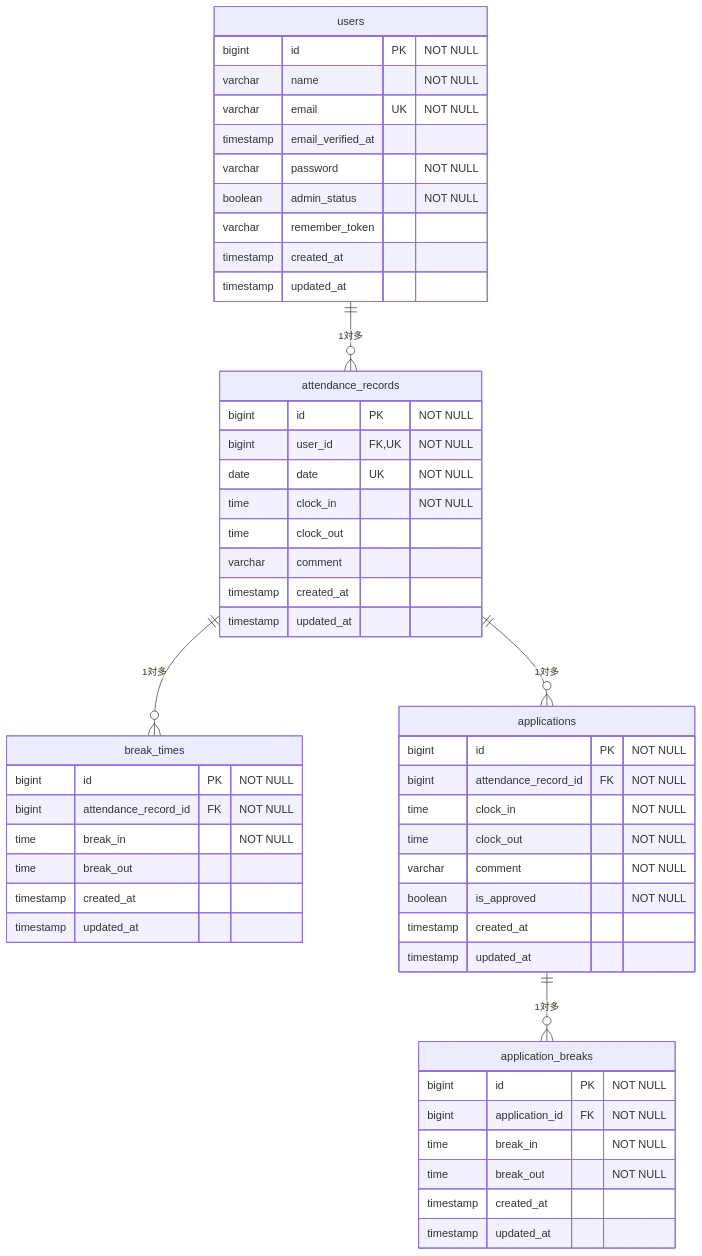
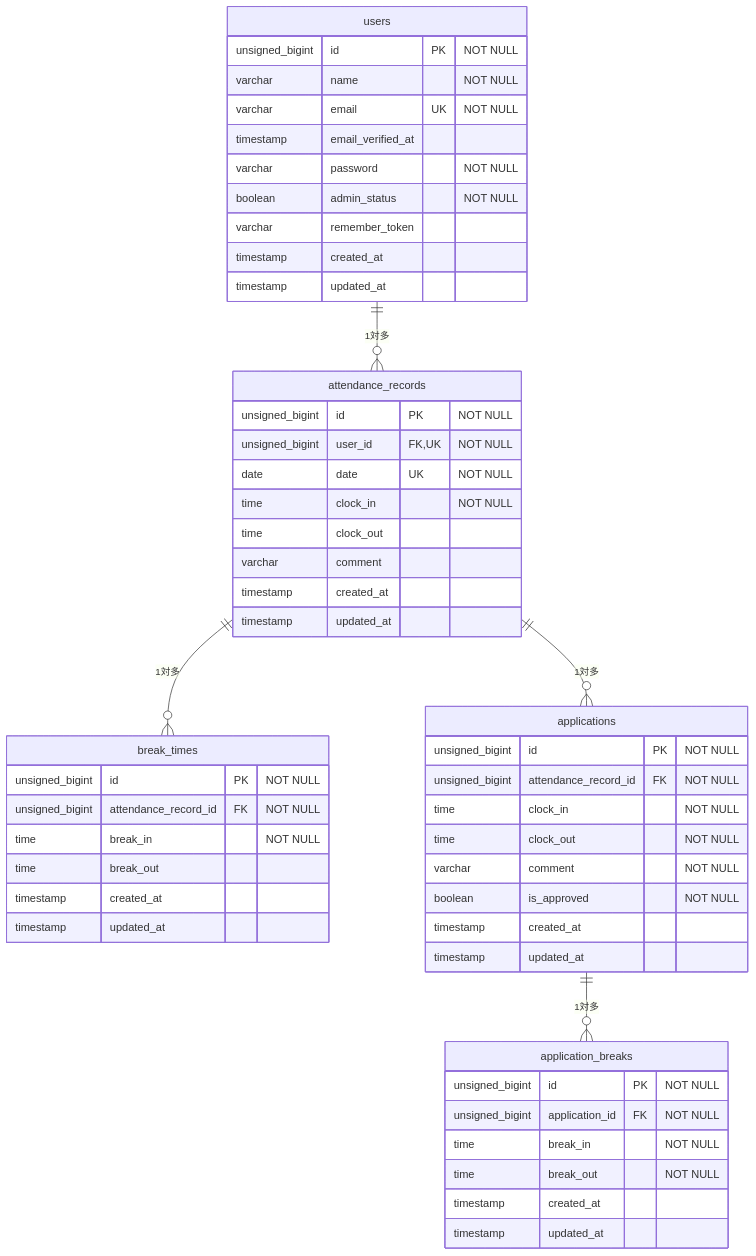
The diagram in README.md (shiningsword20/attendance-app), drawn with Mermaid before and after one commit.

Commit message:
ER図のID列の型をunsigned bigintに合わせる

````diff
--- a/README.md
+++ b/README.md
@@ -75,55 +75,55 @@
 ```mermaid
 erDiagram
     users ||--o{ attendance_records : "1対多"
     attendance_records ||--o{ break_times : "1対多"
     attendance_records ||--o{ applications : "1対多"
     applications ||--o{ application_breaks : "1対多"
 
     users {
-        bigint id PK "NOT NULL"
+        unsigned_bigint id PK "NOT NULL"
         varchar name "NOT NULL"
         varchar email UK "NOT NULL"
         timestamp email_verified_at
         varchar password "NOT NULL"
         boolean admin_status "NOT NULL"
         varchar remember_token
         timestamp created_at
         timestamp updated_at
     }
     attendance_records {
-        bigint id PK "NOT NULL"
-        bigint user_id FK, UK "NOT NULL"
+        unsigned_bigint id PK "NOT NULL"
+        unsigned_bigint user_id FK, UK "NOT NULL"
         date date UK "NOT NULL"
         time clock_in "NOT NULL"
         time clock_out
         varchar comment
         timestamp created_at
         timestamp updated_at
     }
     break_times {
-        bigint id PK "NOT NULL"
-        bigint attendance_record_id FK "NOT NULL"
+        unsigned_bigint id PK "NOT NULL"
+        unsigned_bigint attendance_record_id FK "NOT NULL"
         time break_in "NOT NULL"
         time break_out
         timestamp created_at
         timestamp updated_at
     }
     applications {
-        bigint id PK "NOT NULL"
-        bigint attendance_record_id FK "NOT NULL"
+        unsigned_bigint id PK "NOT NULL"
+        unsigned_bigint attendance_record_id FK "NOT NULL"
         time clock_in "NOT NULL"
         time clock_out "NOT NULL"
         varchar comment "NOT NULL"
         boolean is_approved "NOT NULL"
         timestamp created_at
         timestamp updated_at
     }
     application_breaks {
-        bigint id PK "NOT NULL"
-        bigint application_id FK "NOT NULL"
+        unsigned_bigint id PK "NOT NULL"
+        unsigned_bigint application_id FK "NOT NULL"
         time break_in "NOT NULL"
         time break_out "NOT NULL"
         timestamp created_at
         timestamp updated_at
     }
 ```
````
